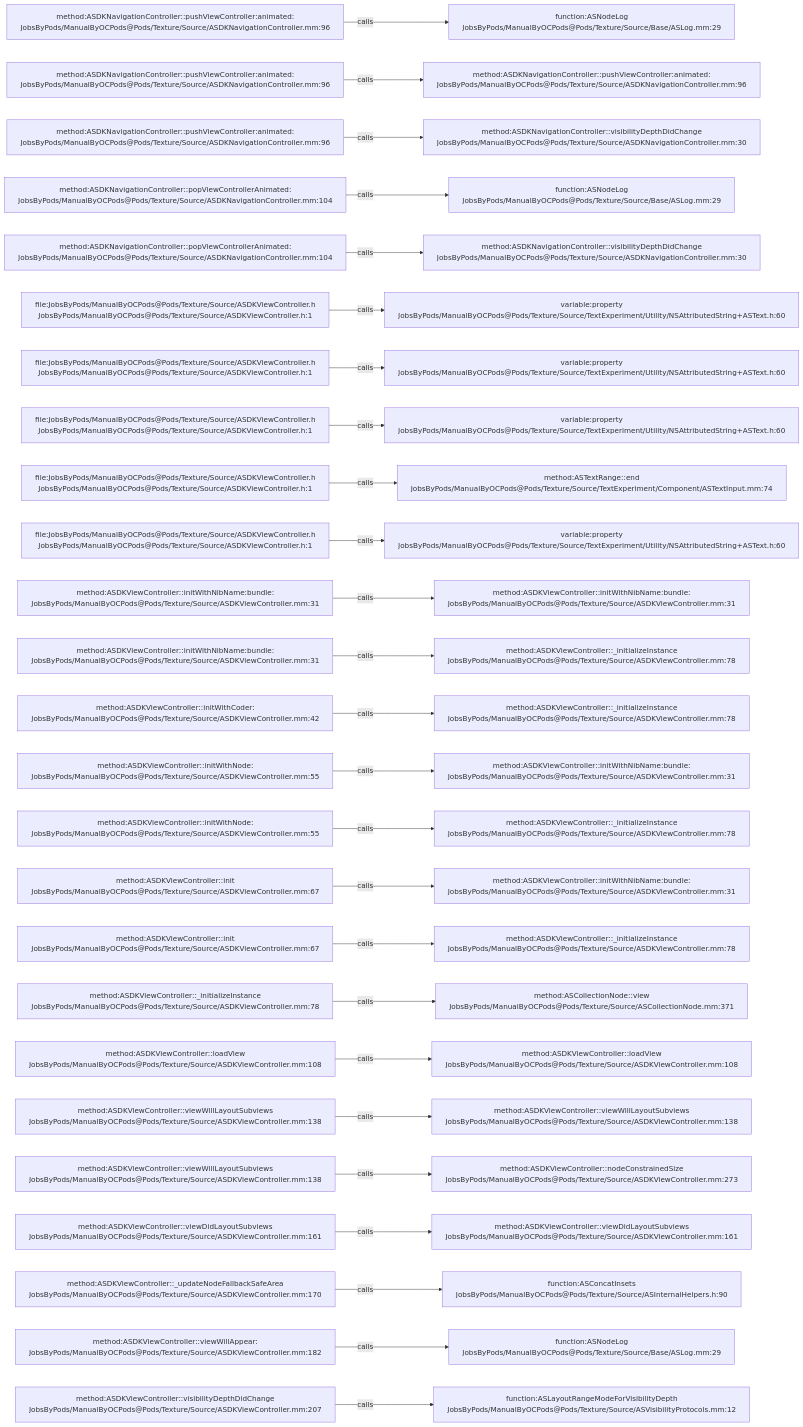
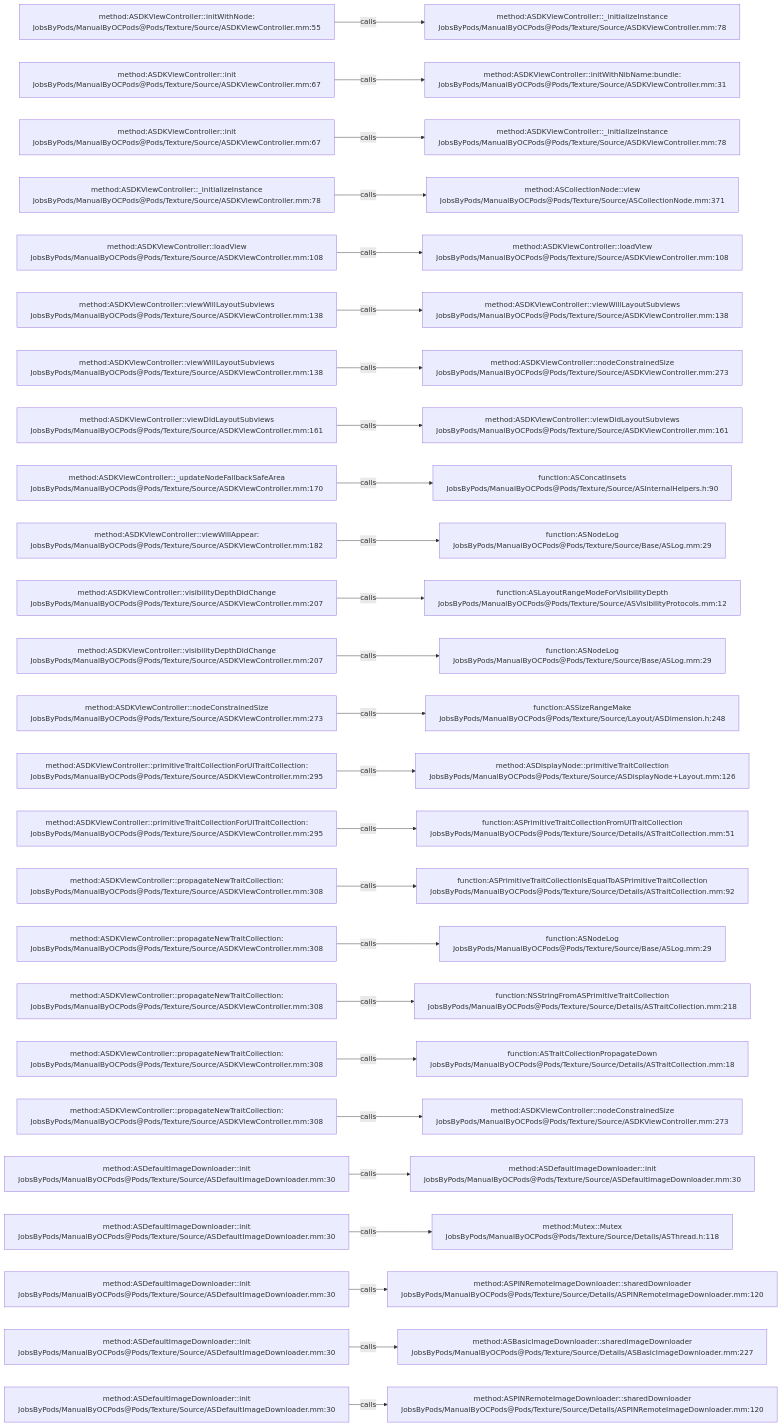
One commit to JobsKits/JobsOCBaseConfigDemo changed the diagram in .codegraph/codegraph.md/graphs/calls-090.md. Above: the diagram before and after it, drawn with Mermaid. The commit also changed 296 other files, not shown here.

````diff
--- a/.codegraph/codegraph.md/graphs/calls-090.md
+++ b/.codegraph/codegraph.md/graphs/calls-090.md
@@ -13,78 +13,78 @@
 ```mermaid
 flowchart LR
-  S1["method:ASDKNavigationController::pushViewController:animated:<br/>JobsByPods/ManualByOCPods@Pods/Texture/Source/ASDKNavigationController.mm:96"]
-  T1["function:ASNodeLog<br/>JobsByPods/ManualByOCPods@Pods/Texture/Source/Base/ASLog.mm:29"]
+  S1["method:ASDKViewController::initWithNode:<br/>JobsByPods/ManualByOCPods@Pods/Texture/Source/ASDKViewController.mm:55"]
+  T1["method:ASDKViewController::_initializeInstance<br/>JobsByPods/ManualByOCPods@Pods/Texture/Source/ASDKViewController.mm:78"]
   S1 -->|calls| T1
-  S2["method:ASDKNavigationController::pushViewController:animated:<br/>JobsByPods/ManualByOCPods@Pods/Texture/Source/ASDKNavigationController.mm:96"]
-  T2["method:ASDKNavigationController::pushViewController:animated:<br/>JobsByPods/ManualByOCPods@Pods/Texture/Source/ASDKNavigationController.mm:96"]
+  S2["method:ASDKViewController::init<br/>JobsByPods/ManualByOCPods@Pods/Texture/Source/ASDKViewController.mm:67"]
+  T2["method:ASDKViewController::initWithNibName:bundle:<br/>JobsByPods/ManualByOCPods@Pods/Texture/Source/ASDKViewController.mm:31"]
   S2 -->|calls| T2
-  S3["method:ASDKNavigationController::pushViewController:animated:<br/>JobsByPods/ManualByOCPods@Pods/Texture/Source/ASDKNavigationController.mm:96"]
-  T3["method:ASDKNavigationController::visibilityDepthDidChange<br/>JobsByPods/ManualByOCPods@Pods/Texture/Source/ASDKNavigationController.mm:30"]
+  S3["method:ASDKViewController::init<br/>JobsByPods/ManualByOCPods@Pods/Texture/Source/ASDKViewController.mm:67"]
+  T3["method:ASDKViewController::_initializeInstance<br/>JobsByPods/ManualByOCPods@Pods/Texture/Source/ASDKViewController.mm:78"]
   S3 -->|calls| T3
-  S4["method:ASDKNavigationController::popViewControllerAnimated:<br/>JobsByPods/ManualByOCPods@Pods/Texture/Source/ASDKNavigationController.mm:104"]
-  T4["function:ASNodeLog<br/>JobsByPods/ManualByOCPods@Pods/Texture/Source/Base/ASLog.mm:29"]
+  S4["method:ASDKViewController::_initializeInstance<br/>JobsByPods/ManualByOCPods@Pods/Texture/Source/ASDKViewController.mm:78"]
+  T4["method:ASCollectionNode::view<br/>JobsByPods/ManualByOCPods@Pods/Texture/Source/ASCollectionNode.mm:371"]
   S4 -->|calls| T4
-  S5["method:ASDKNavigationController::popViewControllerAnimated:<br/>JobsByPods/ManualByOCPods@Pods/Texture/Source/ASDKNavigationController.mm:104"]
-  T5["method:ASDKNavigationController::visibilityDepthDidChange<br/>JobsByPods/ManualByOCPods@Pods/Texture/Source/ASDKNavigationController.mm:30"]
+  S5["method:ASDKViewController::loadView<br/>JobsByPods/ManualByOCPods@Pods/Texture/Source/ASDKViewController.mm:108"]
+  T5["method:ASDKViewController::loadView<br/>JobsByPods/ManualByOCPods@Pods/Texture/Source/ASDKViewController.mm:108"]
   S5 -->|calls| T5
-  S6["file:JobsByPods/ManualByOCPods@Pods/Texture/Source/ASDKViewController.h<br/>JobsByPods/ManualByOCPods@Pods/Texture/Source/ASDKViewController.h:1"]
-  T6["variable:property<br/>JobsByPods/ManualByOCPods@Pods/Texture/Source/TextExperiment/Utility/NSAttributedString+ASText.h:60"]
+  S6["method:ASDKViewController::viewWillLayoutSubviews<br/>JobsByPods/ManualByOCPods@Pods/Texture/Source/ASDKViewController.mm:138"]
+  T6["method:ASDKViewController::viewWillLayoutSubviews<br/>JobsByPods/ManualByOCPods@Pods/Texture/Source/ASDKViewController.mm:138"]
   S6 -->|calls| T6
-  S7["file:JobsByPods/ManualByOCPods@Pods/Texture/Source/ASDKViewController.h<br/>JobsByPods/ManualByOCPods@Pods/Texture/Source/ASDKViewController.h:1"]
-  T7["variable:property<br/>JobsByPods/ManualByOCPods@Pods/Texture/Source/TextExperiment/Utility/NSAttributedString+ASText.h:60"]
+  S7["method:ASDKViewController::viewWillLayoutSubviews<br/>JobsByPods/ManualByOCPods@Pods/Texture/Source/ASDKViewController.mm:138"]
+  T7["method:ASDKViewController::nodeConstrainedSize<br/>JobsByPods/ManualByOCPods@Pods/Texture/Source/ASDKViewController.mm:273"]
   S7 -->|calls| T7
-  S8["file:JobsByPods/ManualByOCPods@Pods/Texture/Source/ASDKViewController.h<br/>JobsByPods/ManualByOCPods@Pods/Texture/Source/ASDKViewController.h:1"]
-  T8["variable:property<br/>JobsByPods/ManualByOCPods@Pods/Texture/Source/TextExperiment/Utility/NSAttributedString+ASText.h:60"]
+  S8["method:ASDKViewController::viewDidLayoutSubviews<br/>JobsByPods/ManualByOCPods@Pods/Texture/Source/ASDKViewController.mm:161"]
+  T8["method:ASDKViewController::viewDidLayoutSubviews<br/>JobsByPods/ManualByOCPods@Pods/Texture/Source/ASDKViewController.mm:161"]
   S8 -->|calls| T8
-  S9["file:JobsByPods/ManualByOCPods@Pods/Texture/Source/ASDKViewController.h<br/>JobsByPods/ManualByOCPods@Pods/Texture/Source/ASDKViewController.h:1"]
-  T9["method:ASTextRange::end<br/>JobsByPods/ManualByOCPods@Pods/Texture/Source/TextExperiment/Component/ASTextInput.mm:74"]
+  S9["method:ASDKViewController::_updateNodeFallbackSafeArea<br/>JobsByPods/ManualByOCPods@Pods/Texture/Source/ASDKViewController.mm:170"]
+  T9["function:ASConcatInsets<br/>JobsByPods/ManualByOCPods@Pods/Texture/Source/ASInternalHelpers.h:90"]
   S9 -->|calls| T9
-  S10["file:JobsByPods/ManualByOCPods@Pods/Texture/Source/ASDKViewController.h<br/>JobsByPods/ManualByOCPods@Pods/Texture/Source/ASDKViewController.h:1"]
-  T10["variable:property<br/>JobsByPods/ManualByOCPods@Pods/Texture/Source/TextExperiment/Utility/NSAttributedString+ASText.h:60"]
+  S10["method:ASDKViewController::viewWillAppear:<br/>JobsByPods/ManualByOCPods@Pods/Texture/Source/ASDKViewController.mm:182"]
+  T10["function:ASNodeLog<br/>JobsByPods/ManualByOCPods@Pods/Texture/Source/Base/ASLog.mm:29"]
   S10 -->|calls| T10
-  S11["method:ASDKViewController::initWithNibName:bundle:<br/>JobsByPods/ManualByOCPods@Pods/Texture/Source/ASDKViewController.mm:31"]
-  T11["method:ASDKViewController::initWithNibName:bundle:<br/>JobsByPods/ManualByOCPods@Pods/Texture/Source/ASDKViewController.mm:31"]
+  S11["method:ASDKViewController::visibilityDepthDidChange<br/>JobsByPods/ManualByOCPods@Pods/Texture/Source/ASDKViewController.mm:207"]
+  T11["function:ASLayoutRangeModeForVisibilityDepth<br/>JobsByPods/ManualByOCPods@Pods/Texture/Source/ASVisibilityProtocols.mm:12"]
   S11 -->|calls| T11
-  S12["method:ASDKViewController::initWithNibName:bundle:<br/>JobsByPods/ManualByOCPods@Pods/Texture/Source/ASDKViewController.mm:31"]
-  T12["method:ASDKViewController::_initializeInstance<br/>JobsByPods/ManualByOCPods@Pods/Texture/Source/ASDKViewController.mm:78"]
+  S12["method:ASDKViewController::visibilityDepthDidChange<br/>JobsByPods/ManualByOCPods@Pods/Texture/Source/ASDKViewController.mm:207"]
+  T12["function:ASNodeLog<br/>JobsByPods/ManualByOCPods@Pods/Texture/Source/Base/ASLog.mm:29"]
   S12 -->|calls| T12
-  S13["method:ASDKViewController::initWithCoder:<br/>JobsByPods/ManualByOCPods@Pods/Texture/Source/ASDKViewController.mm:42"]
-  T13["method:ASDKViewController::_initializeInstance<br/>JobsByPods/ManualByOCPods@Pods/Texture/Source/ASDKViewController.mm:78"]
+  S13["method:ASDKViewController::nodeConstrainedSize<br/>JobsByPods/ManualByOCPods@Pods/Texture/Source/ASDKViewController.mm:273"]
+  T13["function:ASSizeRangeMake<br/>JobsByPods/ManualByOCPods@Pods/Texture/Source/Layout/ASDimension.h:248"]
   S13 -->|calls| T13
-  S14["method:ASDKViewController::initWithNode:<br/>JobsByPods/ManualByOCPods@Pods/Texture/Source/ASDKViewController.mm:55"]
-  T14["method:ASDKViewController::initWithNibName:bundle:<br/>JobsByPods/ManualByOCPods@Pods/Texture/Source/ASDKViewController.mm:31"]
+  S14["method:ASDKViewController::primitiveTraitCollectionForUITraitCollection:<br/>JobsByPods/ManualByOCPods@Pods/Texture/Source/ASDKViewController.mm:295"]
+  T14["method:ASDisplayNode::primitiveTraitCollection<br/>JobsByPods/ManualByOCPods@Pods/Texture/Source/ASDisplayNode+Layout.mm:126"]
   S14 -->|calls| T14
-  S15["method:ASDKViewController::initWithNode:<br/>JobsByPods/ManualByOCPods@Pods/Texture/Source/ASDKViewController.mm:55"]
-  T15["method:ASDKViewController::_initializeInstance<br/>JobsByPods/ManualByOCPods@Pods/Texture/Source/ASDKViewController.mm:78"]
+  S15["method:ASDKViewController::primitiveTraitCollectionForUITraitCollection:<br/>JobsByPods/ManualByOCPods@Pods/Texture/Source/ASDKViewController.mm:295"]
+  T15["function:ASPrimitiveTraitCollectionFromUITraitCollection<br/>JobsByPods/ManualByOCPods@Pods/Texture/Source/Details/ASTraitCollection.mm:51"]
   S15 -->|calls| T15
-  S16["method:ASDKViewController::init<br/>JobsByPods/ManualByOCPods@Pods/Texture/Source/ASDKViewController.mm:67"]
-  T16["method:ASDKViewController::initWithNibName:bundle:<br/>JobsByPods/ManualByOCPods@Pods/Texture/Source/ASDKViewController.mm:31"]
+  S16["method:ASDKViewController::propagateNewTraitCollection:<br/>JobsByPods/ManualByOCPods@Pods/Texture/Source/ASDKViewController.mm:308"]
+  T16["function:ASPrimitiveTraitCollectionIsEqualToASPrimitiveTraitCollection<br/>JobsByPods/ManualByOCPods@Pods/Texture/Source/Details/ASTraitCollection.mm:92"]
   S16 -->|calls| T16
-  S17["method:ASDKViewController::init<br/>JobsByPods/ManualByOCPods@Pods/Texture/Source/ASDKViewController.mm:67"]
-  T17["method:ASDKViewController::_initializeInstance<br/>JobsByPods/ManualByOCPods@Pods/Texture/Source/ASDKViewController.mm:78"]
+  S17["method:ASDKViewController::propagateNewTraitCollection:<br/>JobsByPods/ManualByOCPods@Pods/Texture/Source/ASDKViewController.mm:308"]
+  T17["function:ASNodeLog<br/>JobsByPods/ManualByOCPods@Pods/Texture/Source/Base/ASLog.mm:29"]
   S17 -->|calls| T17
-  S18["method:ASDKViewController::_initializeInstance<br/>JobsByPods/ManualByOCPods@Pods/Texture/Source/ASDKViewController.mm:78"]
-  T18["method:ASCollectionNode::view<br/>JobsByPods/ManualByOCPods@Pods/Texture/Source/ASCollectionNode.mm:371"]
+  S18["method:ASDKViewController::propagateNewTraitCollection:<br/>JobsByPods/ManualByOCPods@Pods/Texture/Source/ASDKViewController.mm:308"]
+  T18["function:NSStringFromASPrimitiveTraitCollection<br/>JobsByPods/ManualByOCPods@Pods/Texture/Source/Details/ASTraitCollection.mm:218"]
   S18 -->|calls| T18
-  S19["method:ASDKViewController::loadView<br/>JobsByPods/ManualByOCPods@Pods/Texture/Source/ASDKViewController.mm:108"]
-  T19["method:ASDKViewController::loadView<br/>JobsByPods/ManualByOCPods@Pods/Texture/Source/ASDKViewController.mm:108"]
+  S19["method:ASDKViewController::propagateNewTraitCollection:<br/>JobsByPods/ManualByOCPods@Pods/Texture/Source/ASDKViewController.mm:308"]
+  T19["function:ASTraitCollectionPropagateDown<br/>JobsByPods/ManualByOCPods@Pods/Texture/Source/Details/ASTraitCollection.mm:18"]
   S19 -->|calls| T19
-  S20["method:ASDKViewController::viewWillLayoutSubviews<br/>JobsByPods/ManualByOCPods@Pods/Texture/Source/ASDKViewController.mm:138"]
-  T20["method:ASDKViewController::viewWillLayoutSubviews<br/>JobsByPods/ManualByOCPods@Pods/Texture/Source/ASDKViewController.mm:138"]
+  S20["method:ASDKViewController::propagateNewTraitCollection:<br/>JobsByPods/ManualByOCPods@Pods/Texture/Source/ASDKViewController.mm:308"]
+  T20["method:ASDKViewController::nodeConstrainedSize<br/>JobsByPods/ManualByOCPods@Pods/Texture/Source/ASDKViewController.mm:273"]
   S20 -->|calls| T20
-  S21["method:ASDKViewController::viewWillLayoutSubviews<br/>JobsByPods/ManualByOCPods@Pods/Texture/Source/ASDKViewController.mm:138"]
-  T21["method:ASDKViewController::nodeConstrainedSize<br/>JobsByPods/ManualByOCPods@Pods/Texture/Source/ASDKViewController.mm:273"]
+  S21["method:ASDefaultImageDownloader::init<br/>JobsByPods/ManualByOCPods@Pods/Texture/Source/ASDefaultImageDownloader.mm:30"]
+  T21["method:ASDefaultImageDownloader::init<br/>JobsByPods/ManualByOCPods@Pods/Texture/Source/ASDefaultImageDownloader.mm:30"]
   S21 -->|calls| T21
-  S22["method:ASDKViewController::viewDidLayoutSubviews<br/>JobsByPods/ManualByOCPods@Pods/Texture/Source/ASDKViewController.mm:161"]
-  T22["method:ASDKViewController::viewDidLayoutSubviews<br/>JobsByPods/ManualByOCPods@Pods/Texture/Source/ASDKViewController.mm:161"]
+  S22["method:ASDefaultImageDownloader::init<br/>JobsByPods/ManualByOCPods@Pods/Texture/Source/ASDefaultImageDownloader.mm:30"]
+  T22["method:Mutex::Mutex<br/>JobsByPods/ManualByOCPods@Pods/Texture/Source/Details/ASThread.h:118"]
   S22 -->|calls| T22
-  S23["method:ASDKViewController::_updateNodeFallbackSafeArea<br/>JobsByPods/ManualByOCPods@Pods/Texture/Source/ASDKViewController.mm:170"]
-  T23["function:ASConcatInsets<br/>JobsByPods/ManualByOCPods@Pods/Texture/Source/ASInternalHelpers.h:90"]
+  S23["method:ASDefaultImageDownloader::init<br/>JobsByPods/ManualByOCPods@Pods/Texture/Source/ASDefaultImageDownloader.mm:30"]
+  T23["method:ASPINRemoteImageDownloader::sharedDownloader<br/>JobsByPods/ManualByOCPods@Pods/Texture/Source/Details/ASPINRemoteImageDownloader.mm:120"]
   S23 -->|calls| T23
-  S24["method:ASDKViewController::viewWillAppear:<br/>JobsByPods/ManualByOCPods@Pods/Texture/Source/ASDKViewController.mm:182"]
-  T24["function:ASNodeLog<br/>JobsByPods/ManualByOCPods@Pods/Texture/Source/Base/ASLog.mm:29"]
+  S24["method:ASDefaultImageDownloader::init<br/>JobsByPods/ManualByOCPods@Pods/Texture/Source/ASDefaultImageDownloader.mm:30"]
+  T24["method:ASBasicImageDownloader::sharedImageDownloader<br/>JobsByPods/ManualByOCPods@Pods/Texture/Source/Details/ASBasicImageDownloader.mm:227"]
   S24 -->|calls| T24
-  S25["method:ASDKViewController::visibilityDepthDidChange<br/>JobsByPods/ManualByOCPods@Pods/Texture/Source/ASDKViewController.mm:207"]
-  T25["function:ASLayoutRangeModeForVisibilityDepth<br/>JobsByPods/ManualByOCPods@Pods/Texture/Source/ASVisibilityProtocols.mm:12"]
+  S25["method:ASDefaultImageDownloader::init<br/>JobsByPods/ManualByOCPods@Pods/Texture/Source/ASDefaultImageDownloader.mm:30"]
+  T25["method:ASPINRemoteImageDownloader::sharedDownloader<br/>JobsByPods/ManualByOCPods@Pods/Texture/Source/Details/ASPINRemoteImageDownloader.mm:120"]
   S25 -->|calls| T25
 ```
````
